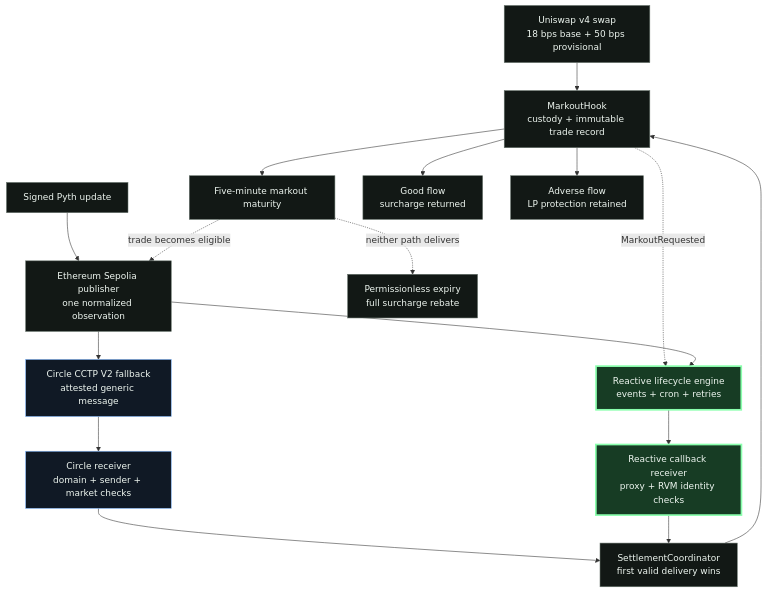
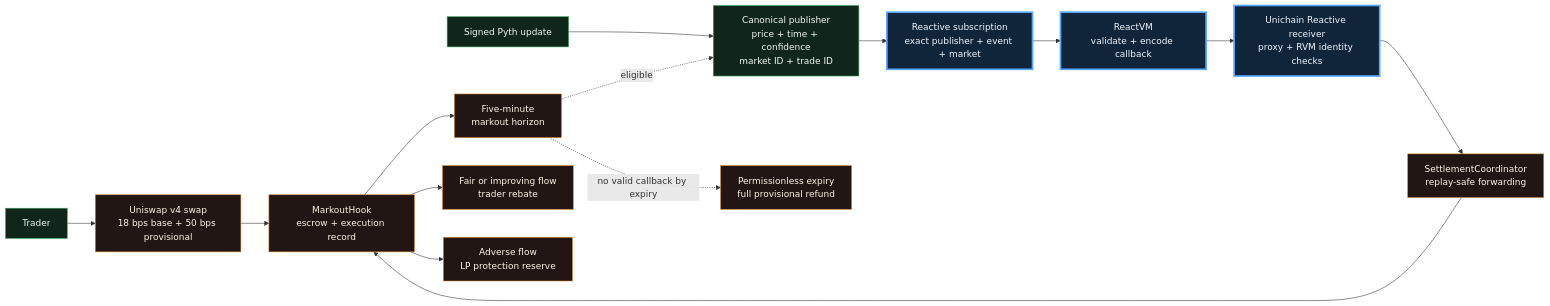
The diagram in docs/HYBRID_SETTLEMENT.md (RudraBhaskar9439/markout-hook), drawn with Mermaid before and after one commit. The commit also changed other lines of this file and 39 other files, not shown here.

````diff
--- a/docs/HYBRID_SETTLEMENT.md
+++ b/docs/HYBRID_SETTLEMENT.md
@@ -16,30 +18,25 @@
 ```mermaid
-flowchart TB
-    SWAP["Uniswap v4 swap<br/>18 bps base + 50 bps provisional"] --> HOOK["MarkoutHook<br/>custody + immutable trade record"]
-    HOOK --> WAIT["Five-minute markout maturity"]
+flowchart LR
+    TRADER["Trader"] --> SWAP["Uniswap v4 swap<br/>18 bps base + 50 bps provisional"]
+    SWAP --> HOOK["MarkoutHook<br/>escrow + execution record"]
+    HOOK --> WAIT["Five-minute<br/>markout horizon"]
 
-    PYTH["Signed Pyth update"] --> PUB["Ethereum Sepolia publisher<br/>one normalized observation"]
-    WAIT -. "trade becomes eligible" .-> PUB
-
-    PUB --> CIRCLE["Circle CCTP V2 fallback<br/>attested generic message"]
-    HOOK -. "MarkoutRequested" .-> REACTIVE["Reactive lifecycle engine<br/>events + cron + retries"]
-    PUB --> REACTIVE
-
-    CIRCLE --> CRECV["Circle receiver<br/>domain + sender + market checks"]
-    REACTIVE --> RRECV["Reactive callback receiver<br/>proxy + RVM identity checks"]
-
-    CRECV --> COORD["SettlementCoordinator<br/>first valid delivery wins"]
-    RRECV --> COORD
+    PYTH["Signed Pyth update"] --> PUB["Canonical publisher<br/>price + time + confidence<br/>market ID + trade ID"]
+    WAIT -. "eligible" .-> PUB
+    PUB --> RSC["Reactive subscription<br/>exact publisher + event + market"]
+    RSC --> RVM["ReactVM<br/>validate + encode callback"]
+    RVM --> RECV["Unichain Reactive receiver<br/>proxy + RVM identity checks"]
+    RECV --> COORD["SettlementCoordinator<br/>replay-safe forwarding"]
     COORD --> HOOK
 
-    HOOK --> REBATE["Good flow<br/>surcharge returned"]
-    HOOK --> PROTECT["Adverse flow<br/>LP protection retained"]
-    WAIT -. "neither path delivers" .-> EXPIRE["Permissionless expiry<br/>full surcharge rebate"]
+    HOOK --> REBATE["Fair or improving flow<br/>trader rebate"]
+    HOOK --> PROTECT["Adverse flow<br/>LP protection reserve"]
+    WAIT -. "no valid callback by expiry" .-> EXPIRE["Permissionless expiry<br/>full provisional refund"]
 
-    classDef reactive fill:#173c24,stroke:#8affad,color:#eef6f0,stroke-width:3px;
-    classDef core fill:#121815,stroke:#66736b,color:#eef6f0;
-    classDef proven fill:#101925,stroke:#82b9ff,color:#eef6f0;
-    class REACTIVE,RRECV reactive;
-    class CIRCLE,CRECV proven;
-    class SWAP,HOOK,WAIT,PYTH,PUB,COORD,REBATE,PROTECT,EXPIRE core;
+    classDef reactive fill:#10243A,stroke:#58A7FF,color:#F0F7FF,stroke-width:3px;
+    classDef core fill:#211613,stroke:#D78A35,color:#FFF5E9;
+    classDef evidence fill:#10261A,stroke:#43A866,color:#F4F8F5;
+    class RSC,RVM,RECV reactive;
+    class SWAP,HOOK,WAIT,COORD,REBATE,PROTECT,EXPIRE core;
+    class TRADER,PYTH,PUB evidence;
 ```
````
